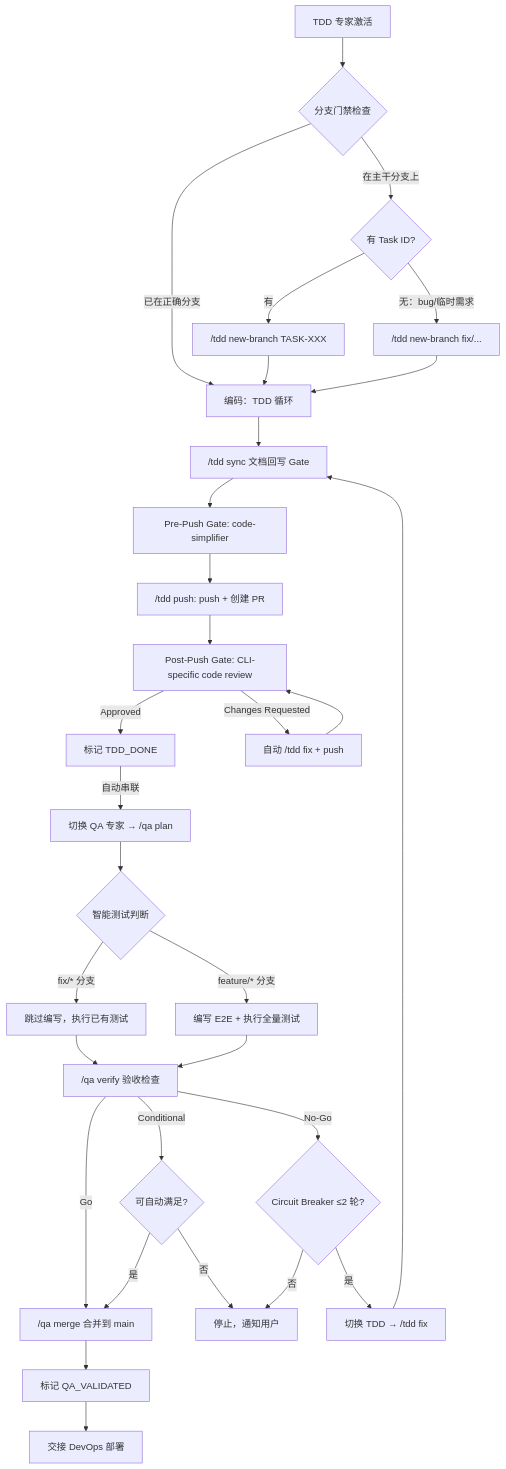
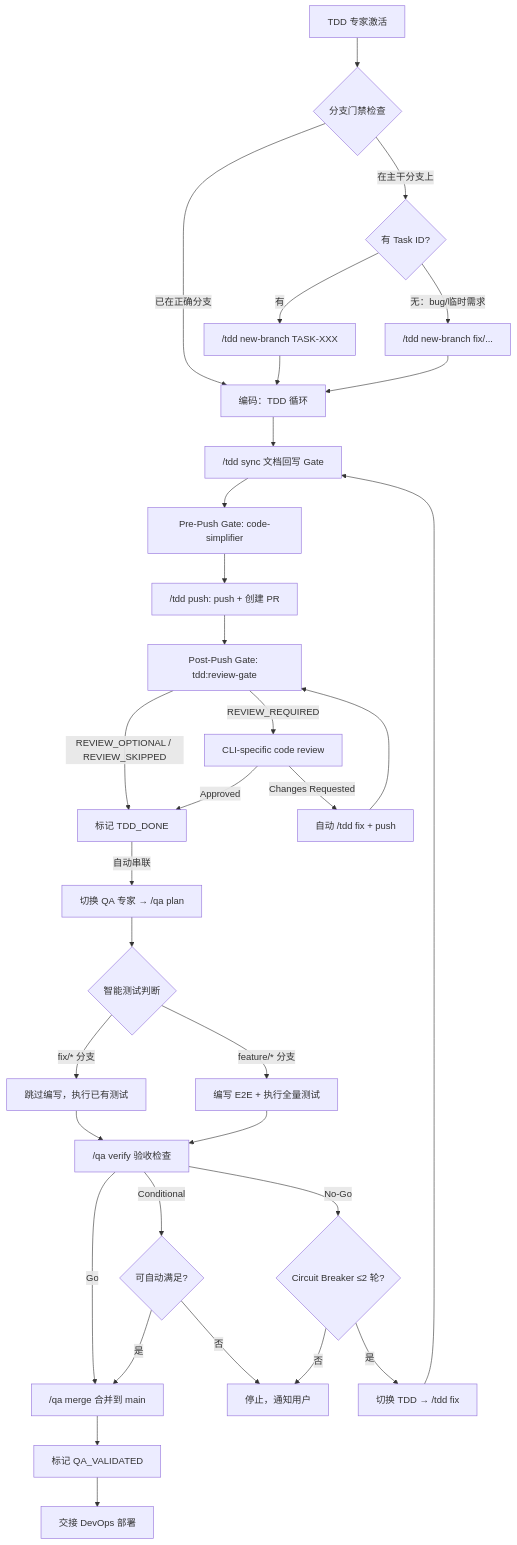
The diagram in AgentRoles/Handbooks/TDD-PROGRAMMING-EXPERT.playbook.md (hollisyao2024/PromptsEngineering), drawn with Mermaid before and after one commit. The commit also changed 7 other files, not shown here.

Commit message:
feat(tdd): add review gate workflow

````diff
--- a/AgentRoles/Handbooks/TDD-PROGRAMMING-EXPERT.playbook.md
+++ b/AgentRoles/Handbooks/TDD-PROGRAMMING-EXPERT.playbook.md
@@ -194,33 +194,35 @@
 ```mermaid
 flowchart TD
     A[TDD 专家激活] --> B{分支门禁检查}
     B -->|在主干分支上| C{有 Task ID?}
     B -->|已在正确分支| F[编码：TDD 循环]
     C -->|有| D["/tdd new-branch TASK-XXX"]
     C -->|无：bug/临时需求| E["/tdd new-branch fix/..."]
     D --> F
     E --> F
     F --> G["/tdd sync 文档回写 Gate"]
     G --> G2["Pre-Push Gate: code-simplifier"]
     G2 --> H["/tdd push: push + 创建 PR"]
-    H --> H2["Post-Push Gate: CLI-specific code review"]
-    H2 -->|Approved| I[标记 TDD_DONE]
-    H2 -->|Changes Requested| H3["自动 /tdd fix + push"]
-    H3 --> H2
+    H --> H2["Post-Push Gate: tdd:review-gate"]
+    H2 -->|REVIEW_REQUIRED| H3["CLI-specific code review"]
+    H2 -->|REVIEW_OPTIONAL / REVIEW_SKIPPED| I[标记 TDD_DONE]
+    H3 -->|Approved| I
+    H3 -->|Changes Requested| H4["自动 /tdd fix + push"]
+    H4 --> H2
     I -->|自动串联| QA1["切换 QA 专家 → /qa plan"]
     QA1 --> QA2{智能测试判断}
     QA2 -->|fix/* 分支| QA3[跳过编写，执行已有测试]
     QA2 -->|feature/* 分支| QA4[编写 E2E + 执行全量测试]
     QA3 --> QA5["/qa verify 验收检查"]
     QA4 --> QA5
     QA5 -->|Go| QA6["/qa merge 合并到 main"]
     QA5 -->|Conditional| QA7{可自动满足?}
     QA7 -->|是| QA6
     QA7 -->|否| STOP[停止，通知用户]
     QA5 -->|No-Go| QA8{Circuit Breaker ≤2 轮?}
     QA8 -->|是| FIX["切换 TDD → /tdd fix"]
     QA8 -->|否| STOP
     FIX --> G
     QA6 --> QA9[标记 QA_VALIDATED]
     QA9 --> DEPLOY[交接 DevOps 部署]
 ```
````
